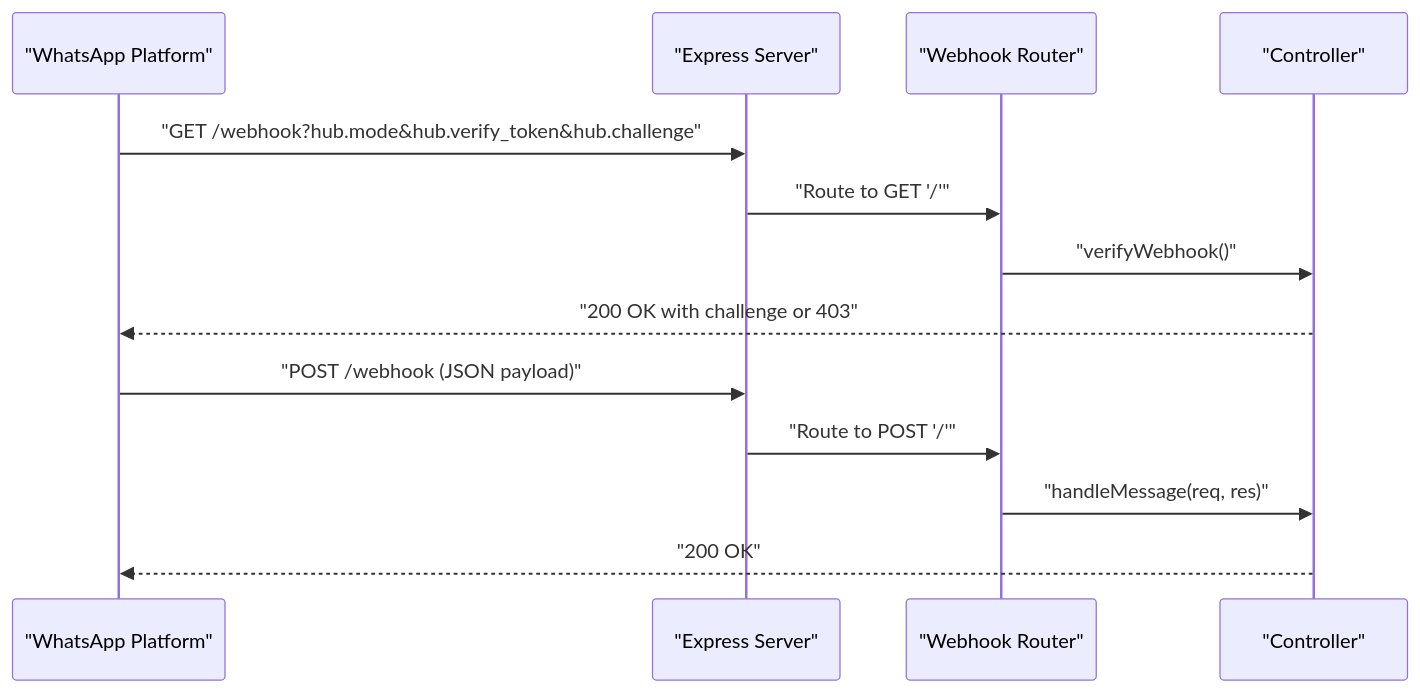
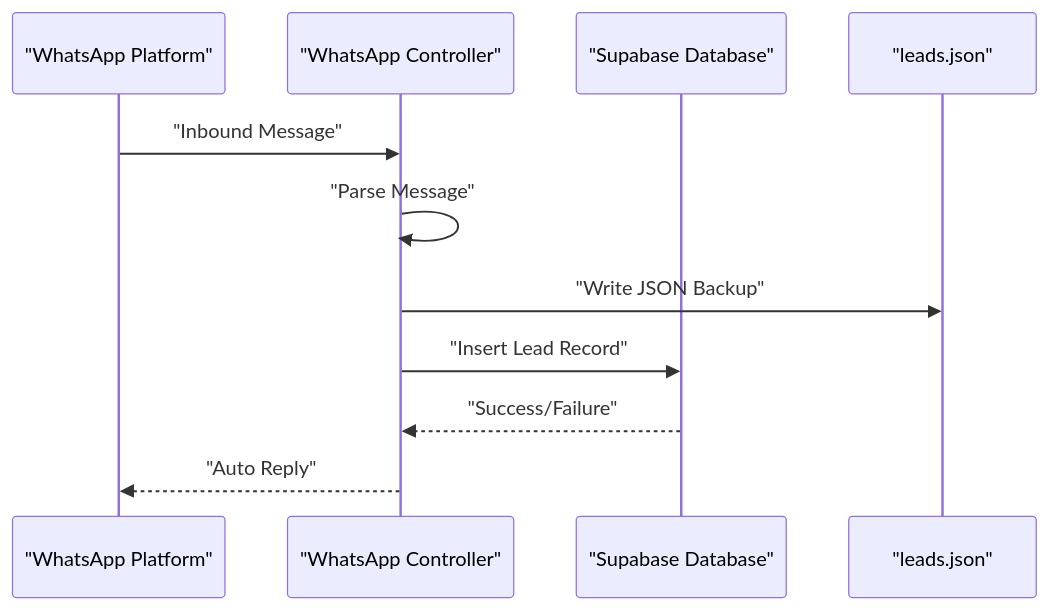
One commit to hariom-wdsadhunik/SaaS-Project changed the fourth of 6 diagrams in .qoder/repowiki/en/content/System Architecture.md. Above: the diagram before and after it, drawn with Mermaid. The commit also changed other lines of this file and 13 other files, not shown here.

````diff
--- a/.qoder/repowiki/en/content/System Architecture.md
+++ b/.qoder/repowiki/en/content/System Architecture.md
@@ -137,15 +278,13 @@
 ```mermaid
 sequenceDiagram
 participant WP as "WhatsApp Platform"
-participant S as "Express Server"
-participant R as "Webhook Router"
-participant C as "Controller"
-WP->>S : "GET /webhook?hub.mode&hub.verify_token&hub.challenge"
-S->>R : "Route to GET '/'"
-R->>C : "verifyWebhook()"
-C-->>WP : "200 OK with challenge or 403"
-WP->>S : "POST /webhook (JSON payload)"
-S->>R : "Route to POST '/'"
-R->>C : "handleMessage(req, res)"
-C-->>WP : "200 OK"
+participant SVC as "WhatsApp Controller"
+participant DB as "Supabase Database"
+participant FILE as "leads.json"
+WP->>SVC : "Inbound Message"
+SVC->>SVC : "Parse Message"
+SVC->>FILE : "Write JSON Backup"
+SVC->>DB : "Insert Lead Record"
+DB-->>SVC : "Success/Failure"
+SVC-->>WP : "Auto Reply"
 ```
````
